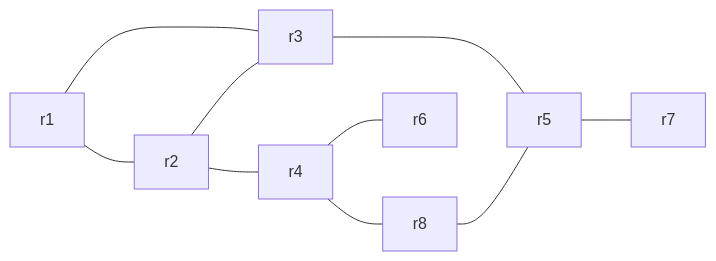
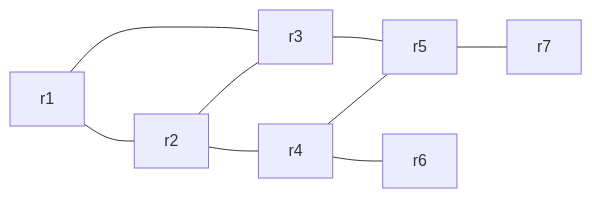
One commit to luisdorr/luisdorr-Redes-2-trabalho-GA changed the diagram in readme.md. Above: the diagram before and after it, drawn with Mermaid. The commit also changed other lines of this file and 12 other files, not shown here.

````diff
--- a/readme.md
+++ b/readme.md
@@ -45,12 +48,11 @@
 ```mermaid
 graph LR
     r1 --- r2
     r1 --- r3
     r2 --- r3
     r2 --- r4
     r3 --- r5
-    r4 --- r8
-    r8 --- r5
+    r4 --- r5
     r4 --- r6
     r5 --- r7
 ```
````
